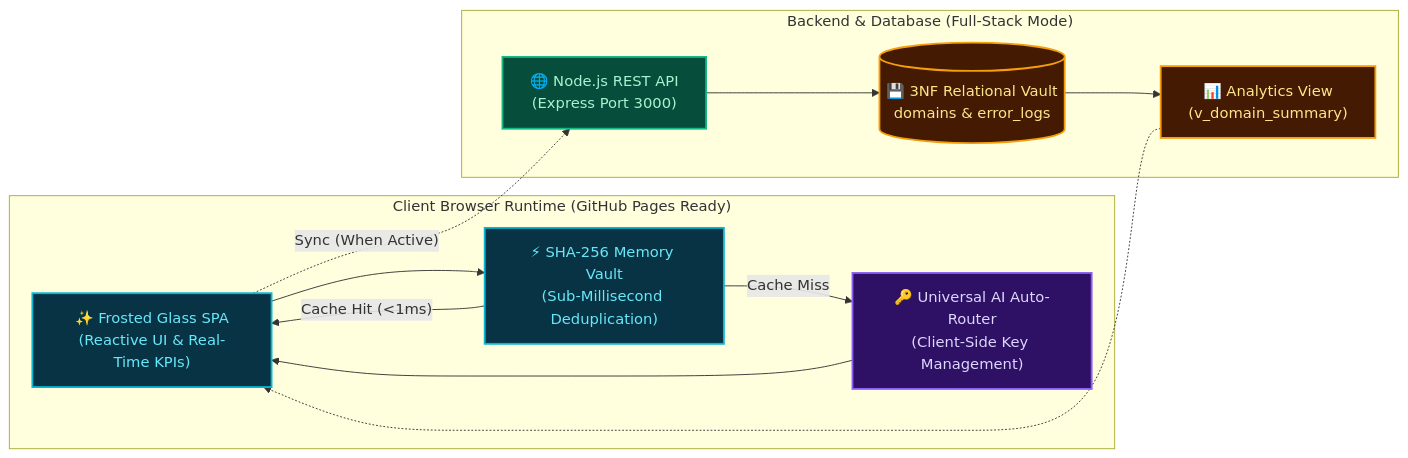
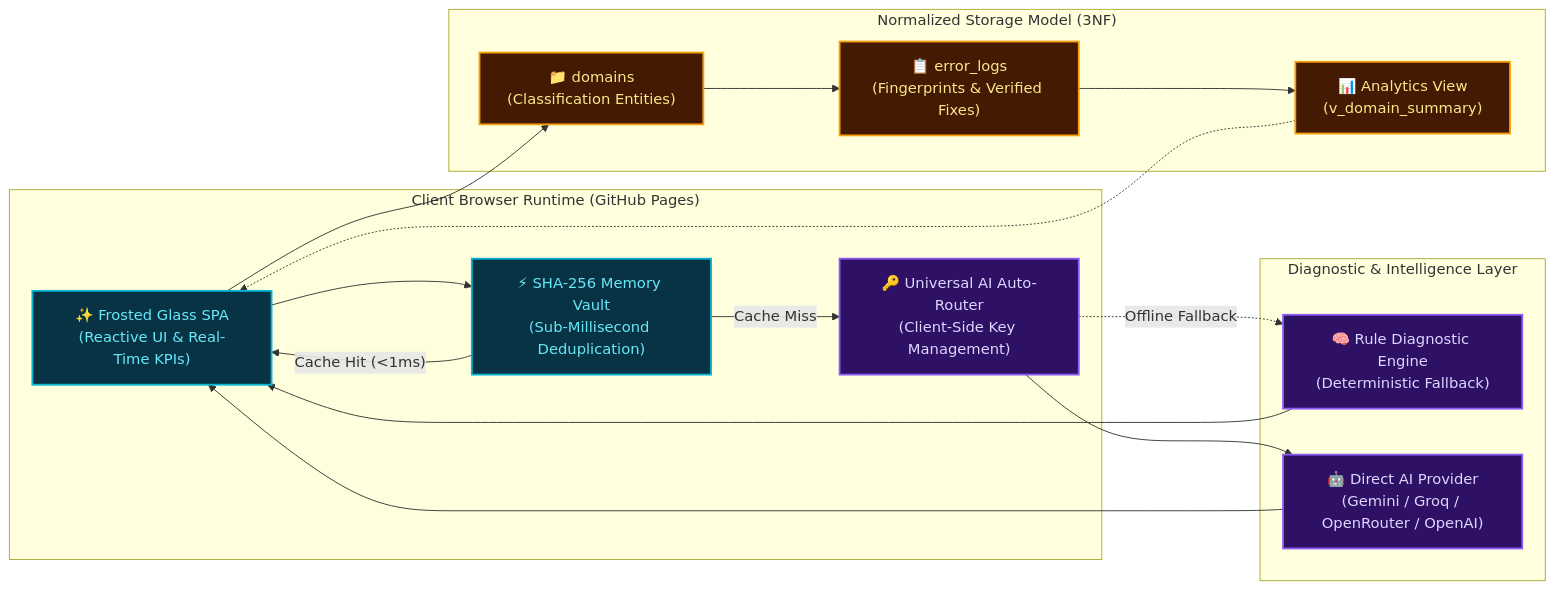
One commit to mhkh361/Tracevault changed the diagram in README.md. Above: the diagram before and after it, drawn with Mermaid. The commit also changed other lines of this file and 2 other files, not shown here.

Commit message:
fix: move top banner elements inward, remove failing workflow and push gh-pages

````diff
--- a/README.md
+++ b/README.md
@@ -51,33 +51,40 @@
 ```mermaid
 flowchart LR
-  subgraph Client ["Client Browser Runtime (GitHub Pages Ready)"]
+  subgraph Client ["Client Browser Runtime (GitHub Pages)"]
     UI["✨ Frosted Glass SPA<br/>(Reactive UI & Real-Time KPIs)"]
     MEM["⚡ SHA-256 Memory Vault<br/>(Sub-Millisecond Deduplication)"]
     KEY["🔑 Universal AI Auto-Router<br/>(Client-Side Key Management)"]
   end
 
-  subgraph Backend ["Backend & Database (Full-Stack Mode)"]
-    SRV["🌐 Node.js REST API<br/>(Express Port 3000)"]
-    DB[("💾 3NF Relational Vault<br/>domains & error_logs")]
+  subgraph Diagnostics ["Diagnostic & Intelligence Layer"]
+    ENGINE["🧠 Rule Diagnostic Engine<br/>(Deterministic Fallback)"]
+    AI["🤖 Direct AI Provider<br/>(Gemini / Groq / OpenRouter / OpenAI)"]
+  end
+
+  subgraph Storage ["Normalized Storage Model (3NF)"]
+    DOM["📁 domains<br/>(Classification Entities)"]
+    LOGS["📋 error_logs<br/>(Fingerprints & Verified Fixes)"]
     VIEW["📊 Analytics View<br/>(v_domain_summary)"]
   end
 
   UI --> MEM
   MEM -- "Cache Miss" --> KEY
-  KEY --> UI
-  UI -. "Sync (When Active)" .-> SRV
-  SRV --> DB
-  DB --> VIEW
+  KEY --> AI
+  KEY -. "Offline Fallback" .-> ENGINE
+  AI --> UI
+  ENGINE --> UI
+  UI --> DOM
+  DOM --> LOGS
+  LOGS --> VIEW
   VIEW -.-> UI
   MEM -- "Cache Hit (<1ms)" --> UI
 
   classDef emerald fill:#064e3b,stroke:#10b981,stroke-width:2px,color:#a7f3d0;
   classDef cyan fill:#083344,stroke:#06b6d4,stroke-width:2px,color:#67e8f9;
   classDef violet fill:#2e1065,stroke:#8b5cf6,stroke-width:2px,color:#ddd6fe;
   classDef amber fill:#451a03,stroke:#f59e0b,stroke-width:2px,color:#fde68a;
 
   class UI,MEM cyan;
-  class KEY violet;
-  class SRV emerald;
-  class DB,VIEW amber;
+  class KEY,AI,ENGINE violet;
+  class DOM,LOGS,VIEW amber;
 ```
````
